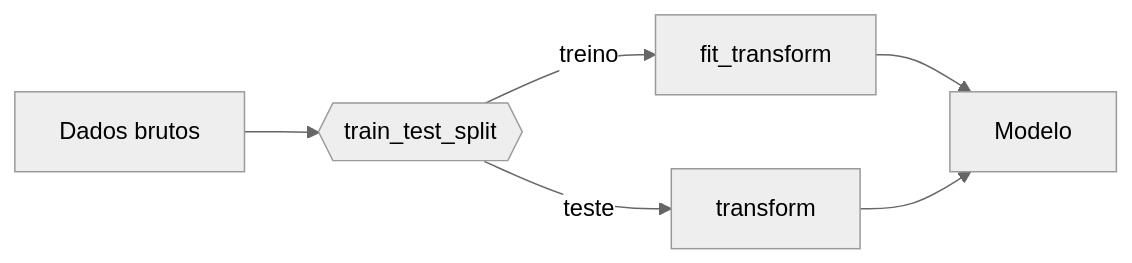
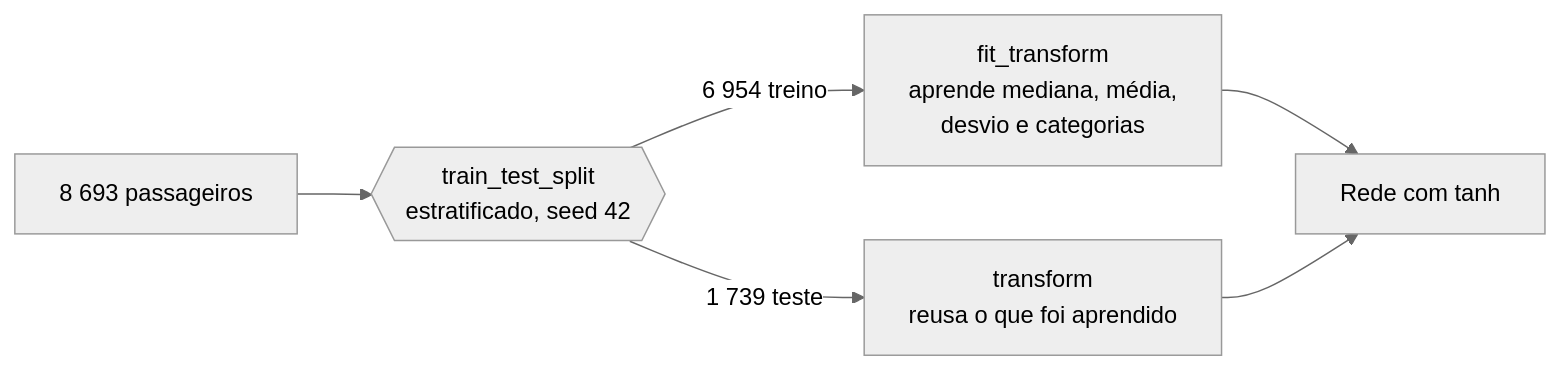
Before and after one commit to TheoRibeiroFranca/redes_neurais_deep_learning_Theo: the diagram in docs/exercises/data/index.md, drawn with Mermaid (neutral theme). The commit also changed other lines of this file and 25 other files, not shown here.

````diff
--- a/docs/exercises/data/index.md
+++ b/docs/exercises/data/index.md
@@ -90,8 +434,8 @@
 ``` mermaid
 flowchart LR
-    raw[Dados brutos] --> split{{train_test_split}}
-    split -->|treino| fit[fit_transform]
-    split -->|teste| apply[transform]
-    fit --> model[Modelo]
+    raw[8 693 passageiros] --> split{{train_test_split<br/>estratificado, seed 42}}
+    split -->|6 954 treino| fit[fit_transform<br/>aprende mediana, média,<br/>desvio e categorias]
+    split -->|1 739 teste| apply[transform<br/>reusa o que foi aprendido]
+    fit --> model[Rede com tanh]
     apply --> model
 ```
````
